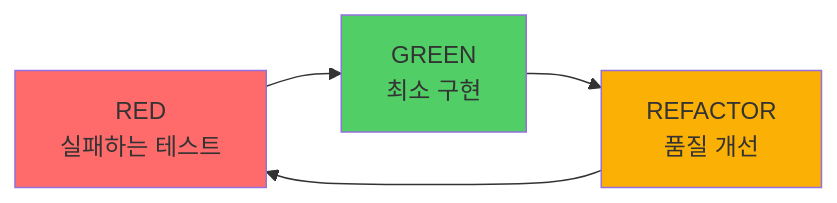
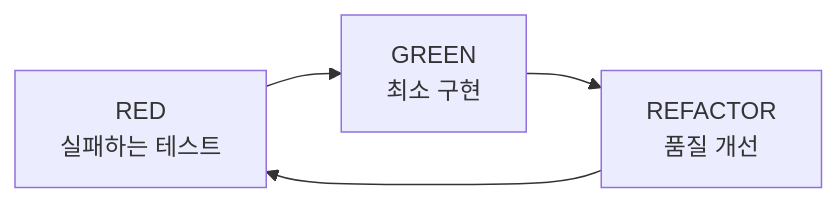
One commit to modu-ai/moai-adk changed the diagram in docs/analysis/tag-system-critical-analysis.md. Above: the diagram before and after it, drawn with Mermaid. The commit also changed 299 other files, not shown here.

First line of the commit message:
🎨 feat: Mermaid 다크/라이트 테마 대응 + trust-checker 통합

````diff
--- a/docs/analysis/tag-system-critical-analysis.md
+++ b/docs/analysis/tag-system-critical-analysis.md
@@ -42,10 +42,7 @@
 ```mermaid
 graph LR
     RED[RED<br/>실패하는 테스트] --> GREEN[GREEN<br/>최소 구현]
     GREEN --> REFACTOR[REFACTOR<br/>품질 개선]
     REFACTOR --> RED
 
-    style RED fill:#ff6b6b
-    style GREEN fill:#51cf66
-    style REFACTOR fill:#fab005
 ```
````
